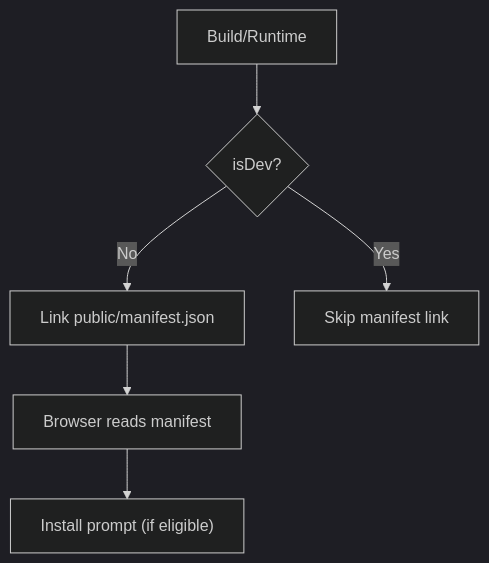
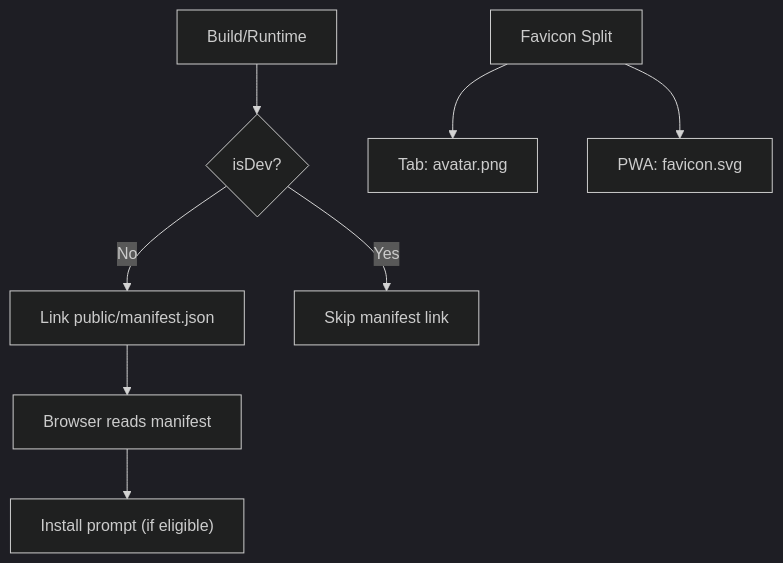
Before and after one commit to delirium-dj/modelcomp: the fifth of 6 diagrams in .qoder/repowiki/en/content/Configuration & Customization.md, drawn with Mermaid (dark theme). The commit also changed other lines of this file and 132 other files, not shown here.

````diff
--- a/.qoder/repowiki/en/content/Configuration & Customization.md
+++ b/.qoder/repowiki/en/content/Configuration & Customization.md
@@ -170,8 +251,10 @@
 ```mermaid
 flowchart TD
 A["Build/Runtime"] --> B{"isDev?"}
 B --> |No| C["Link public/manifest.json"]
 B --> |Yes| D["Skip manifest link"]
 C --> E["Browser reads manifest"]
 E --> F["Install prompt (if eligible)"]
+G["Favicon Split"] --> H["Tab: avatar.png"]
+G --> I["PWA: favicon.svg"]
 ```
````
